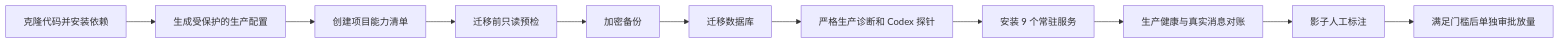
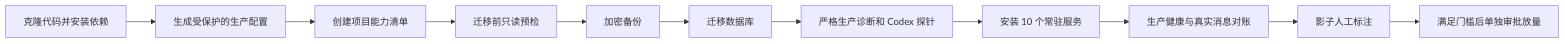
The diagram in docs/验收报告.md (ruiwang20010702/ai-employee), drawn with Mermaid before and after one commit. The commit also changed other lines of this file and 15 other files, not shown here.

````diff
--- a/docs/验收报告.md
+++ b/docs/验收报告.md
@@ -68,13 +68,13 @@
 ```mermaid
 flowchart LR
     A[克隆代码并安装依赖] --> B[生成受保护的生产配置]
     B --> C[创建项目能力清单]
     C --> D[迁移前只读预检]
     D --> E[加密备份]
     E --> F[迁移数据库]
     F --> G[严格生产诊断和 Codex 探针]
-    G --> H[安装 9 个常驻服务]
+    G --> H[安装 10 个常驻服务]
     H --> I[生产健康与真实消息对账]
     I --> J[影子人工标注]
     J --> K[满足门槛后单独审批放量]
 ```
````
